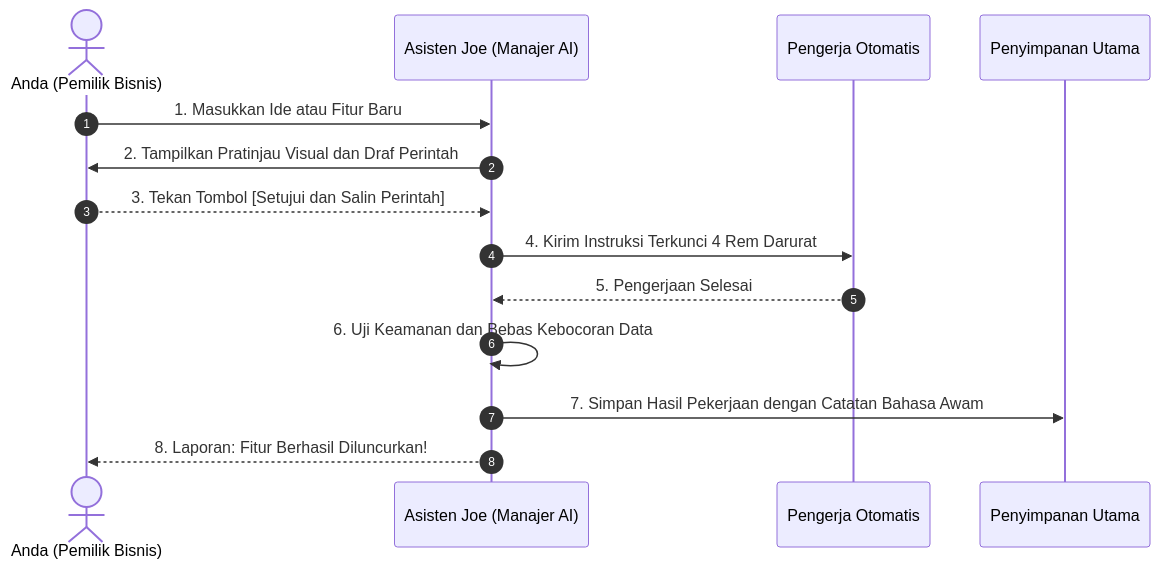
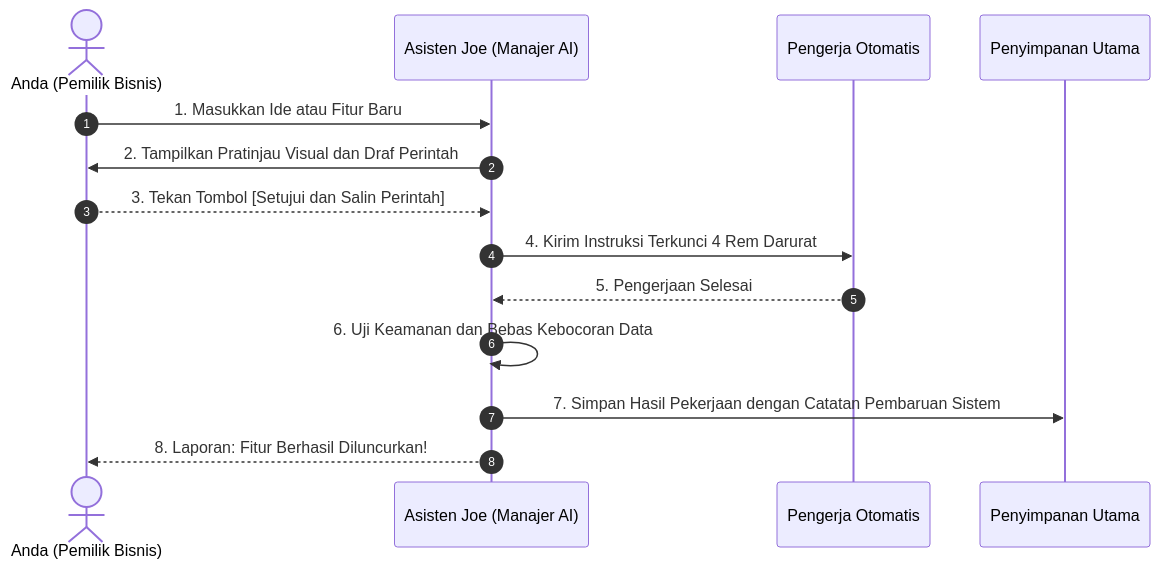
Before and after one commit to JoeAryadharma/saas-branching-blueprint: the fifth of 7 diagrams in README.md, drawn with Mermaid. The commit also changed other lines of this file, not shown here.

Commit message:
[STILISTIK] Membersihkan frasa kata 'awam' dan 'non-teknis' dari dokumen [v10.7.0]

````diff
--- a/README.md
+++ b/README.md
@@ -124,17 +124,17 @@
 ```mermaid
 sequenceDiagram
     autonumber
     actor User as Anda (Pemilik Bisnis)
     participant Joe as Asisten Joe (Manajer AI)
     participant Pengerja as Pengerja Otomatis
     participant Penyimpanan as Penyimpanan Utama
 
     User->>Joe: 1. Masukkan Ide atau Fitur Baru
     Joe->>User: 2. Tampilkan Pratinjau Visual dan Draf Perintah
     User-->>Joe: 3. Tekan Tombol [Setujui dan Salin Perintah]
     Joe->>Pengerja: 4. Kirim Instruksi Terkunci 4 Rem Darurat
     Pengerja-->>Joe: 5. Pengerjaan Selesai
     Joe->>Joe: 6. Uji Keamanan dan Bebas Kebocoran Data
-    Joe->>Penyimpanan: 7. Simpan Hasil Pekerjaan dengan Catatan Bahasa Awam
+    Joe->>Penyimpanan: 7. Simpan Hasil Pekerjaan dengan Catatan Pembaruan Sistem
     Joe-->>User: 8. Laporan: Fitur Berhasil Diluncurkan!
 ```
````
